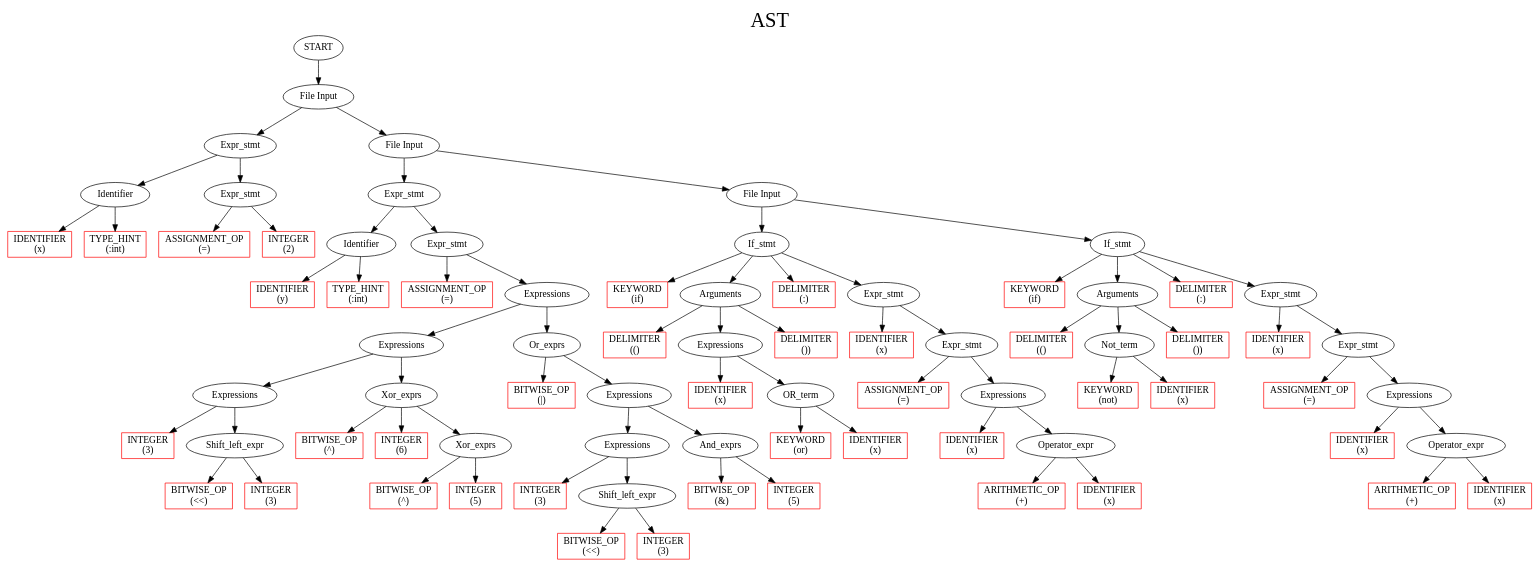
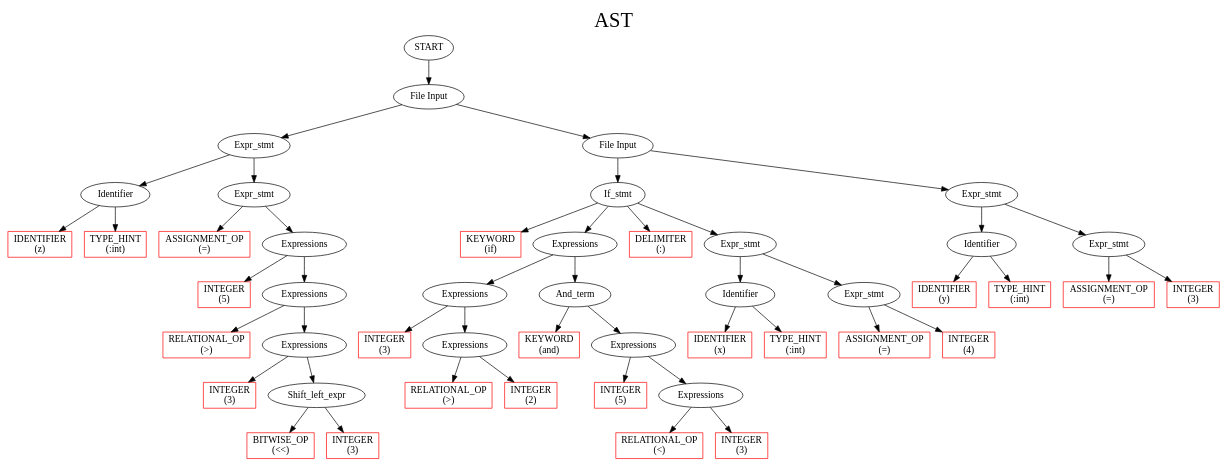
One commit to depanshu357/CS335-Compiler changed the diagram in output.dot. Above: the diagram before and after it, drawn with Graphviz. The commit also changed 6 other files, not shown here.

```diff
--- a/output.dot
+++ b/output.dot
@@ -6,204 +6,124 @@
 labelloc  = t
 
 node   [ fontname="Cascadia code" ]
-	229		[ style = solid label = "START"  ];
-	229 -> 228
-	228		[ style = solid label = "File Input"  ];
-	228 -> 26
-	26		[ style = solid label = "Expr_stmt"  ];
-	26 -> 2
+	149		[ style = solid label = "START"  ];
+	149 -> 148
+	148		[ style = solid label = "File Input"  ];
+	148 -> 43
+	43		[ style = solid label = "Expr_stmt"  ];
+	43 -> 2
 	2		[ style = solid label = "Identifier"  ];
 	2 -> 0
 	0		[ style = solid label = "IDENTIFIER 
-(x)" color = red shape = rectangle ];
+(z)" color = red shape = rectangle ];
 	2 -> 1
 	1		[ style = solid label = "TYPE_HINT 
 (:int)" color = red shape = rectangle ];
-	26 -> 25
-	25		[ style = solid label = "Expr_stmt"  ];
-	25 -> 3
+	43 -> 42
+	42		[ style = solid label = "Expr_stmt"  ];
+	42 -> 3
 	3		[ style = solid label = "ASSIGNMENT_OP 
 (=)" color = red shape = rectangle ];
-	25 -> 14
+	42 -> 38
+	38		[ style = solid label = "Expressions"  ];
+	38 -> 14
 	14		[ style = solid label = "INTEGER 
+(5)" color = red shape = rectangle ];
+	38 -> 37
+	37		[ style = solid label = "Expressions"  ];
+	37 -> 15
+	15		[ style = solid label = "RELATIONAL_OP 
+(>)" color = red shape = rectangle ];
+	37 -> 33
+	33		[ style = solid label = "Expressions"  ];
+	33 -> 23
+	23		[ style = solid label = "INTEGER 
+(3)" color = red shape = rectangle ];
+	33 -> 32
+	32		[ style = solid label = "Shift_left_expr"  ];
+	32 -> 24
+	24		[ style = solid label = "BITWISE_OP 
+(<<)" color = red shape = rectangle ];
+	32 -> 28
+	28		[ style = solid label = "INTEGER 
+(3)" color = red shape = rectangle ];
+	148 -> 147
+	147		[ style = solid label = "File Input"  ];
+	147 -> 118
+	118		[ style = solid label = "If_stmt"  ];
+	118 -> 45
+	45		[ style = solid label = "KEYWORD 
+(if)" color = red shape = rectangle ];
+	118 -> 87
+	87		[ style = solid label = "Expressions"  ];
+	87 -> 65
+	65		[ style = solid label = "Expressions"  ];
+	65 -> 46
+	46		[ style = solid label = "INTEGER 
+(3)" color = red shape = rectangle ];
+	65 -> 64
+	64		[ style = solid label = "Expressions"  ];
+	64 -> 47
+	47		[ style = solid label = "RELATIONAL_OP 
+(>)" color = red shape = rectangle ];
+	64 -> 55
+	55		[ style = solid label = "INTEGER 
 (2)" color = red shape = rectangle ];
-	228 -> 227
-	227		[ style = solid label = "File Input"  ];
-	227 -> 98
-	98		[ style = solid label = "Expr_stmt"  ];
-	98 -> 30
-	30		[ style = solid label = "Identifier"  ];
-	30 -> 28
-	28		[ style = solid label = "IDENTIFIER 
+	87 -> 86
+	86		[ style = solid label = "And_term"  ];
+	86 -> 56
+	56		[ style = solid label = "KEYWORD 
+(and)" color = red shape = rectangle ];
+	86 -> 85
+	85		[ style = solid label = "Expressions"  ];
+	85 -> 66
+	66		[ style = solid label = "INTEGER 
+(5)" color = red shape = rectangle ];
+	85 -> 84
+	84		[ style = solid label = "Expressions"  ];
+	84 -> 67
+	67		[ style = solid label = "RELATIONAL_OP 
+(<)" color = red shape = rectangle ];
+	84 -> 75
+	75		[ style = solid label = "INTEGER 
+(3)" color = red shape = rectangle ];
+	118 -> 76
+	76		[ style = solid label = "DELIMITER 
+(:)" color = red shape = rectangle ];
+	118 -> 115
+	115		[ style = solid label = "Expr_stmt"  ];
+	115 -> 91
+	91		[ style = solid label = "Identifier"  ];
+	91 -> 89
+	89		[ style = solid label = "IDENTIFIER 
+(x)" color = red shape = rectangle ];
+	91 -> 90
+	90		[ style = solid label = "TYPE_HINT 
+(:int)" color = red shape = rectangle ];
+	115 -> 114
+	114		[ style = solid label = "Expr_stmt"  ];
+	114 -> 92
+	92		[ style = solid label = "ASSIGNMENT_OP 
+(=)" color = red shape = rectangle ];
+	114 -> 103
+	103		[ style = solid label = "INTEGER 
+(4)" color = red shape = rectangle ];
+	147 -> 144
+	144		[ style = solid label = "Expr_stmt"  ];
+	144 -> 120
+	120		[ style = solid label = "Identifier"  ];
+	120 -> 117
+	117		[ style = solid label = "IDENTIFIER 
 (y)" color = red shape = rectangle ];
-	30 -> 29
-	29		[ style = solid label = "TYPE_HINT 
+	120 -> 119
+	119		[ style = solid label = "TYPE_HINT 
 (:int)" color = red shape = rectangle ];
-	98 -> 97
-	97		[ style = solid label = "Expr_stmt"  ];
-	97 -> 31
-	31		[ style = solid label = "ASSIGNMENT_OP 
+	144 -> 143
+	143		[ style = solid label = "Expr_stmt"  ];
+	143 -> 121
+	121		[ style = solid label = "ASSIGNMENT_OP 
 (=)" color = red shape = rectangle ];
-	97 -> 93
-	93		[ style = solid label = "Expressions"  ];
-	93 -> 71
-	71		[ style = solid label = "Expressions"  ];
-	71 -> 53
-	53		[ style = solid label = "Expressions"  ];
-	53 -> 42
-	42		[ style = solid label = "INTEGER 
+	143 -> 132
+	132		[ style = solid label = "INTEGER 
 (3)" color = red shape = rectangle ];
-	53 -> 52
-	52		[ style = solid label = "Shift_left_expr"  ];
-	52 -> 43
-	43		[ style = solid label = "BITWISE_OP 
-(<<)" color = red shape = rectangle ];
-	52 -> 47
-	47		[ style = solid label = "INTEGER 
-(3)" color = red shape = rectangle ];
-	71 -> 70
-	70		[ style = solid label = "Xor_exprs"  ];
-	70 -> 48
-	48		[ style = solid label = "BITWISE_OP 
-(^)" color = red shape = rectangle ];
-	70 -> 55
-	55		[ style = solid label = "INTEGER 
-(6)" color = red shape = rectangle ];
-	70 -> 69
-	69		[ style = solid label = "Xor_exprs"  ];
-	69 -> 56
-	56		[ style = solid label = "BITWISE_OP 
-(^)" color = red shape = rectangle ];
-	69 -> 62
-	62		[ style = solid label = "INTEGER 
-(5)" color = red shape = rectangle ];
-	93 -> 92
-	92		[ style = solid label = "Or_exprs"  ];
-	92 -> 63
-	63		[ style = solid label = "BITWISE_OP 
-(|)" color = red shape = rectangle ];
-	92 -> 90
-	90		[ style = solid label = "Expressions"  ];
-	90 -> 83
-	83		[ style = solid label = "Expressions"  ];
-	83 -> 72
-	72		[ style = solid label = "INTEGER 
-(3)" color = red shape = rectangle ];
-	83 -> 82
-	82		[ style = solid label = "Shift_left_expr"  ];
-	82 -> 73
-	73		[ style = solid label = "BITWISE_OP 
-(<<)" color = red shape = rectangle ];
-	82 -> 77
-	77		[ style = solid label = "INTEGER 
-(3)" color = red shape = rectangle ];
-	90 -> 89
-	89		[ style = solid label = "And_exprs"  ];
-	89 -> 78
-	78		[ style = solid label = "BITWISE_OP 
-(&)" color = red shape = rectangle ];
-	89 -> 84
-	84		[ style = solid label = "INTEGER 
-(5)" color = red shape = rectangle ];
-	227 -> 226
-	226		[ style = solid label = "File Input"  ];
-	226 -> 167
-	167		[ style = solid label = "If_stmt"  ];
-	167 -> 100
-	100		[ style = solid label = "KEYWORD 
-(if)" color = red shape = rectangle ];
-	167 -> 124
-	124		[ style = solid label = "Arguments"  ];
-	124 -> 101
-	101		[ style = solid label = "DELIMITER 
-(()" color = red shape = rectangle ];
-	124 -> 123
-	123		[ style = solid label = "Expressions"  ];
-	123 -> 102
-	102		[ style = solid label = "IDENTIFIER 
-(x)" color = red shape = rectangle ];
-	123 -> 122
-	122		[ style = solid label = "OR_term"  ];
-	122 -> 103
-	103		[ style = solid label = "KEYWORD 
-(or)" color = red shape = rectangle ];
-	122 -> 112
-	112		[ style = solid label = "IDENTIFIER 
-(x)" color = red shape = rectangle ];
-	124 -> 113
-	113		[ style = solid label = "DELIMITER 
-())" color = red shape = rectangle ];
-	167 -> 125
-	125		[ style = solid label = "DELIMITER 
-(:)" color = red shape = rectangle ];
-	167 -> 164
-	164		[ style = solid label = "Expr_stmt"  ];
-	164 -> 135
-	135		[ style = solid label = "IDENTIFIER 
-(x)" color = red shape = rectangle ];
-	164 -> 163
-	163		[ style = solid label = "Expr_stmt"  ];
-	163 -> 136
-	136		[ style = solid label = "ASSIGNMENT_OP 
-(=)" color = red shape = rectangle ];
-	163 -> 155
-	155		[ style = solid label = "Expressions"  ];
-	155 -> 147
-	147		[ style = solid label = "IDENTIFIER 
-(x)" color = red shape = rectangle ];
-	155 -> 154
-	154		[ style = solid label = "Operator_expr"  ];
-	154 -> 148
-	148		[ style = solid label = "ARITHMETIC_OP 
-(+)" color = red shape = rectangle ];
-	154 -> 151
-	151		[ style = solid label = "IDENTIFIER 
-(x)" color = red shape = rectangle ];
-	226 -> 224
-	224		[ style = solid label = "If_stmt"  ];
-	224 -> 166
-	166		[ style = solid label = "KEYWORD 
-(if)" color = red shape = rectangle ];
-	224 -> 182
-	182		[ style = solid label = "Arguments"  ];
-	182 -> 168
-	168		[ style = solid label = "DELIMITER 
-(()" color = red shape = rectangle ];
-	182 -> 179
-	179		[ style = solid label = "Not_term"  ];
-	179 -> 169
-	169		[ style = solid label = "KEYWORD 
-(not)" color = red shape = rectangle ];
-	179 -> 170
-	170		[ style = solid label = "IDENTIFIER 
-(x)" color = red shape = rectangle ];
-	182 -> 171
-	171		[ style = solid label = "DELIMITER 
-())" color = red shape = rectangle ];
-	224 -> 183
-	183		[ style = solid label = "DELIMITER 
-(:)" color = red shape = rectangle ];
-	224 -> 222
-	222		[ style = solid label = "Expr_stmt"  ];
-	222 -> 193
-	193		[ style = solid label = "IDENTIFIER 
-(x)" color = red shape = rectangle ];
-	222 -> 221
-	221		[ style = solid label = "Expr_stmt"  ];
-	221 -> 194
-	194		[ style = solid label = "ASSIGNMENT_OP 
-(=)" color = red shape = rectangle ];
-	221 -> 213
-	213		[ style = solid label = "Expressions"  ];
-	213 -> 205
-	205		[ style = solid label = "IDENTIFIER 
-(x)" color = red shape = rectangle ];
-	213 -> 212
-	212		[ style = solid label = "Operator_expr"  ];
-	212 -> 206
-	206		[ style = solid label = "ARITHMETIC_OP 
-(+)" color = red shape = rectangle ];
-	212 -> 209
-	209		[ style = solid label = "IDENTIFIER 
-(x)" color = red shape = rectangle ];
 }
```
